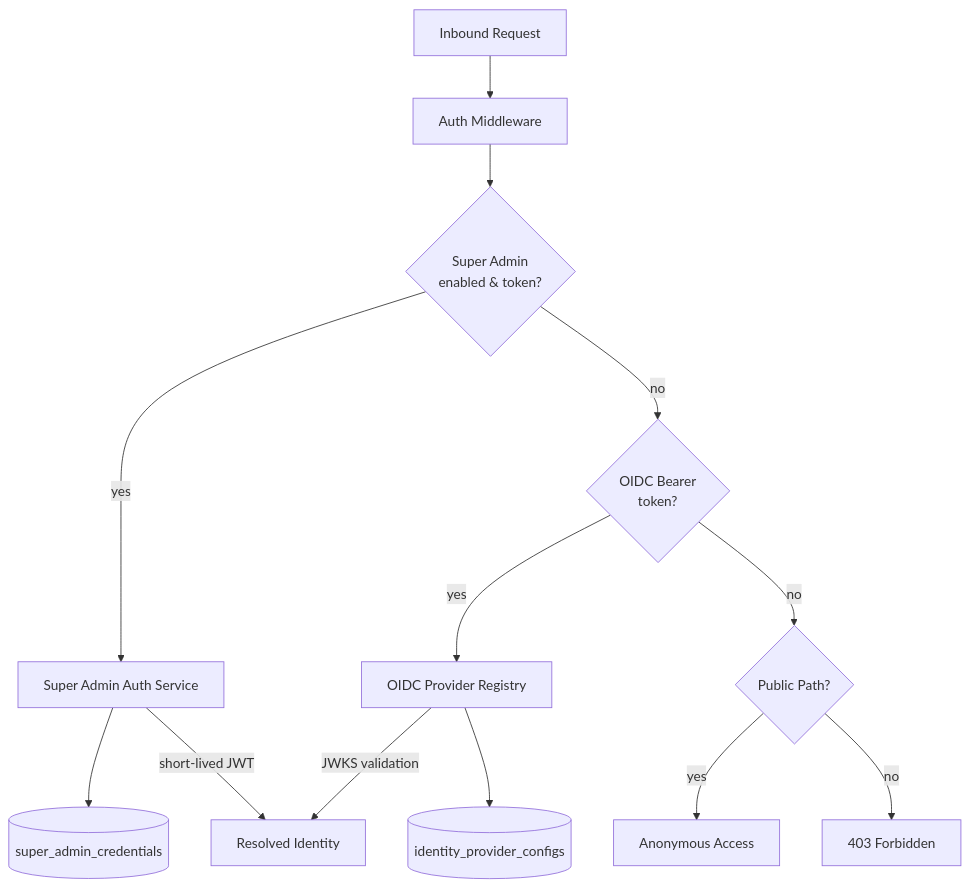
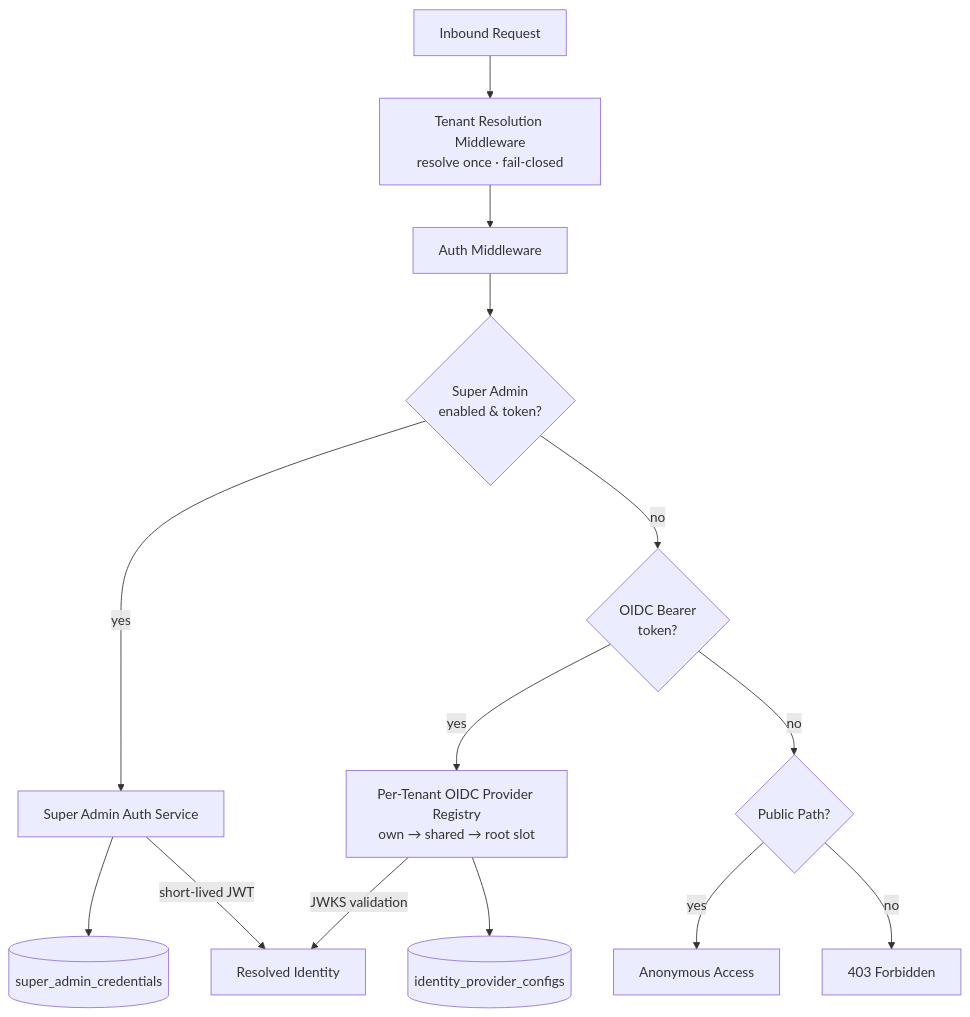
Before and after one commit to hurungang/parthenon: the first of 3 diagrams in docs/master/architecture/modules/identity.md, drawn with Mermaid. The commit also changed other lines of this file and 126 other files, not shown here.

````diff
--- a/docs/master/architecture/modules/identity.md
+++ b/docs/master/architecture/modules/identity.md
@@ -18,18 +18,19 @@
 ```mermaid
 flowchart TD
-    REQ[Inbound Request] --> AM[Auth Middleware]
+    REQ[Inbound Request] --> TRM[Tenant Resolution Middleware<br/>resolve once · fail-closed]
+    TRM --> AM[Auth Middleware]
 
     AM --> SA{Super Admin<br/>enabled & token?}
     SA -->|yes| SAR[Super Admin Auth Service]
     SAR --> SAC[(super_admin_credentials)]
     SAR -->|short-lived JWT| ID[Resolved Identity]
 
     SA -->|no| OIDC{OIDC Bearer<br/>token?}
-    OIDC -->|yes| OPR[OIDC Provider Registry]
+    OIDC -->|yes| OPR[Per-Tenant OIDC Provider Registry<br/>own → shared → root slot]
     OPR --> IPC[(identity_provider_configs)]
     OPR -->|JWKS validation| ID
 
     OIDC -->|no| PUB{Public Path?}
     PUB -->|yes| ANON[Anonymous Access]
     PUB -->|no| DENY[403 Forbidden]
 ```
````
